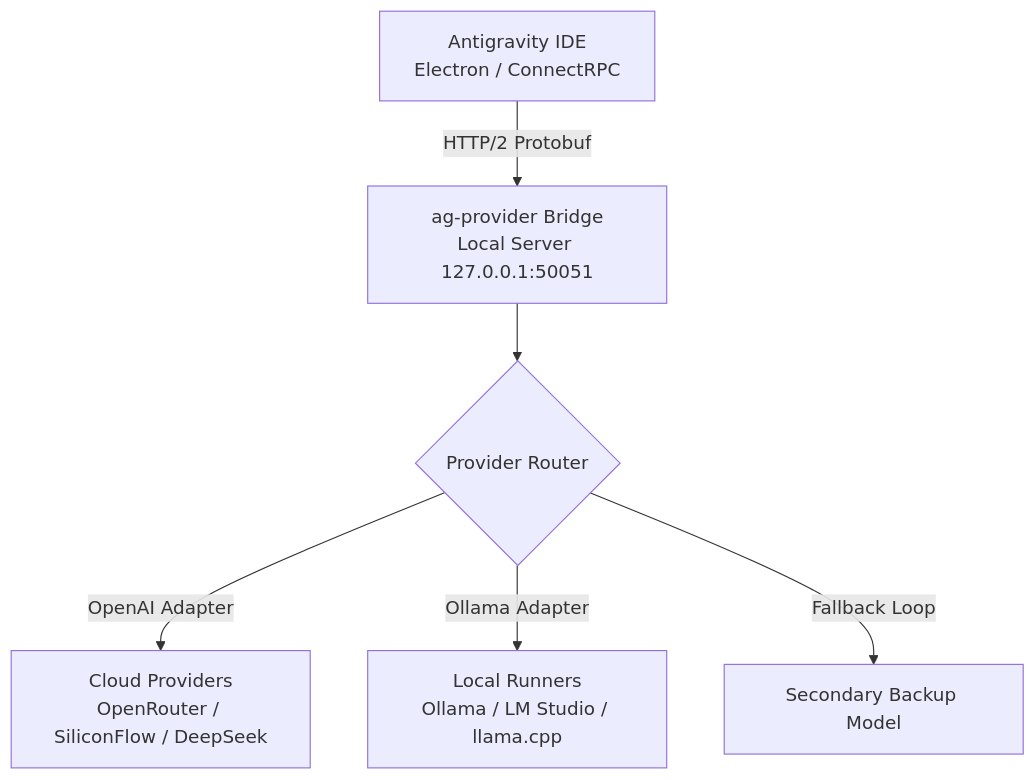
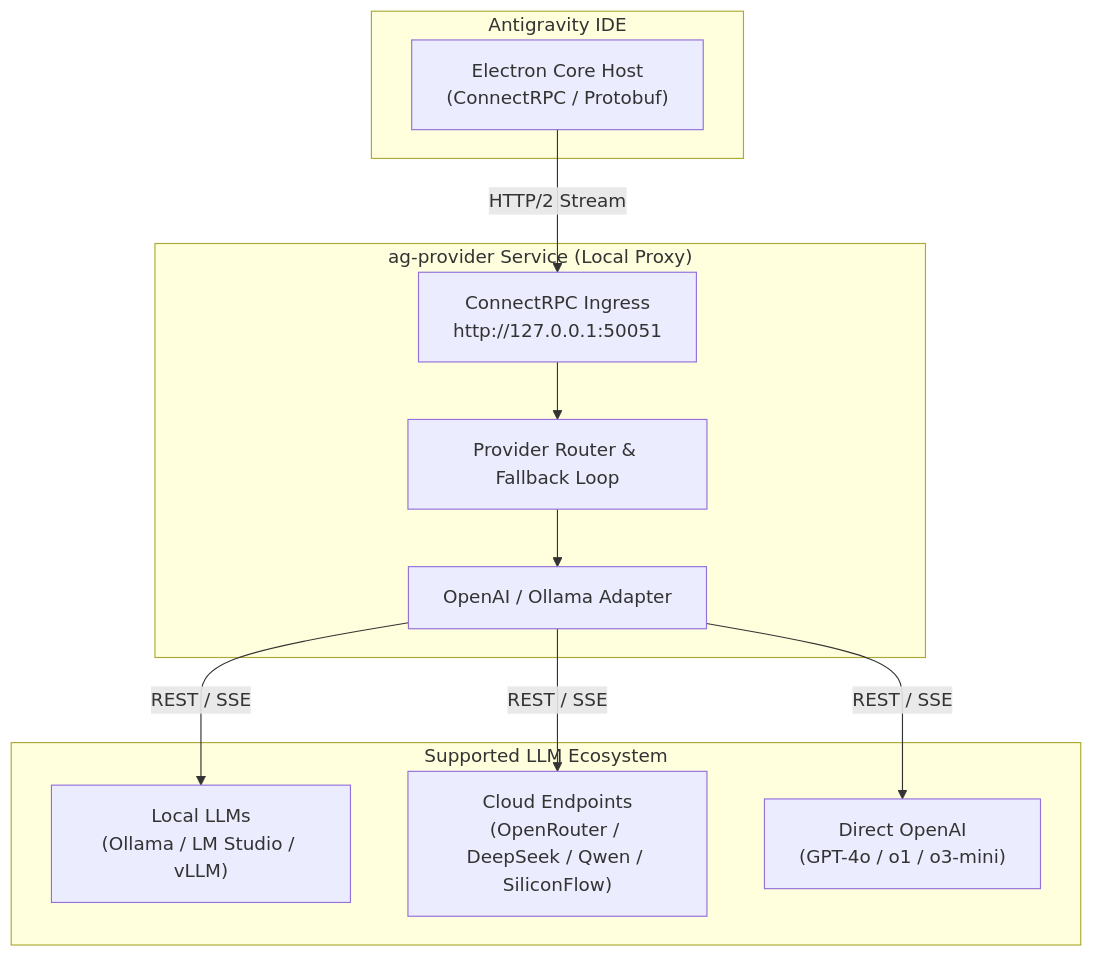
Before and after one commit to linces/AntigravityUnLocker: the diagram in README.md, drawn with Mermaid. The commit also changed other lines of this file and 7 other files, not shown here.

````diff
--- a/README.md
+++ b/README.md
@@ -35,8 +30,25 @@
 ```mermaid
-graph TD
-    A[Antigravity IDE<br/>Electron / ConnectRPC] -->|HTTP/2 Protobuf| B[ag-provider Bridge<br/>Local Server 127.0.0.1:50051]
-    B --> C{Provider Router}
-    C -->|OpenAI Adapter| D[Cloud Providers<br/>OpenRouter / SiliconFlow / DeepSeek]
-    C -->|Ollama Adapter| E[Local Runners<br/>Ollama / LM Studio / llama.cpp]
-    C -->|Fallback Loop| F[Secondary Backup Model]
+flowchart TD
+    subgraph Client["Antigravity IDE"]
+        IDE["Electron Core Host<br/>(ConnectRPC / Protobuf)"]
+    end
+
+    subgraph Bridge["ag-provider Service (Local Proxy)"]
+        RPC["ConnectRPC Ingress<br/>http://127.0.0.1:50051"]
+        ROUTER["Provider Router & Fallback Loop"]
+        ADAPTER["OpenAI / Ollama Adapter"]
+        RPC --> ROUTER
+        ROUTER --> ADAPTER
+    end
+
+    subgraph Backends["Supported LLM Ecosystem"]
+        OLLAMA["Local LLMs<br/>(Ollama / LM Studio / vLLM)"]
+        CLOUD["Cloud Endpoints<br/>(OpenRouter / DeepSeek / Qwen / SiliconFlow)"]
+        OPENAI["Direct OpenAI<br/>(GPT-4o / o1 / o3-mini)"]
+    end
+
+    IDE -->|HTTP/2 Stream| RPC
+    ADAPTER -->|REST / SSE| OLLAMA
+    ADAPTER -->|REST / SSE| CLOUD
+    ADAPTER -->|REST / SSE| OPENAI
 ```
````
